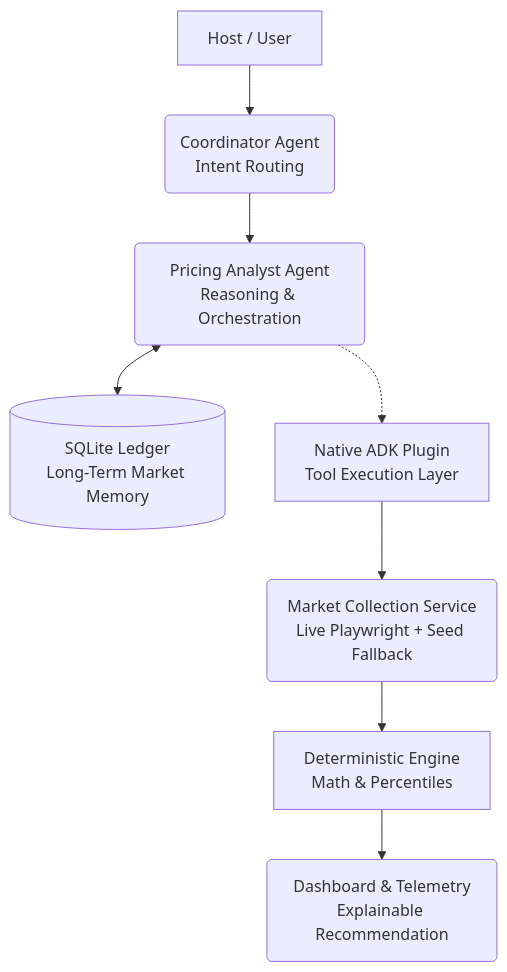
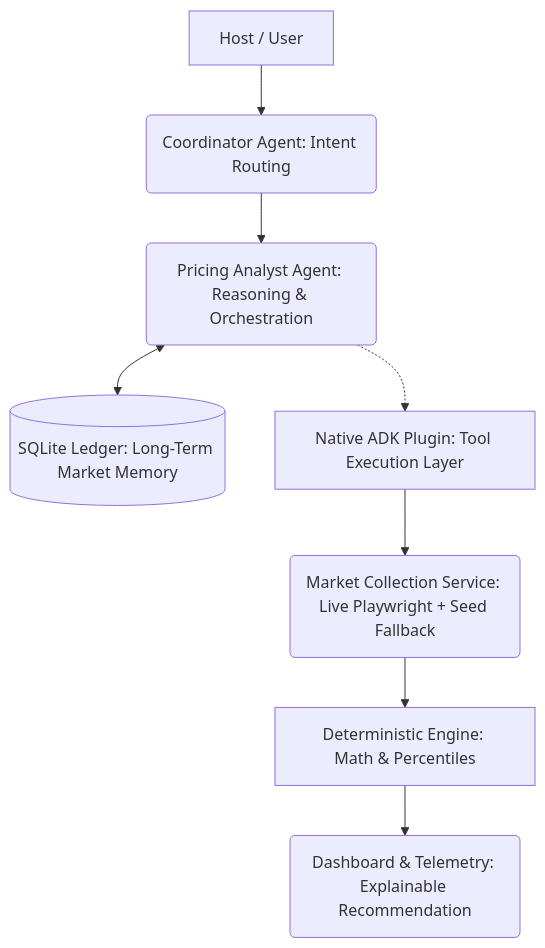
Before and after one commit to eoghankealy/rateradar: the diagram in README.md, drawn with Mermaid.

Commit message:
fix: remove html from mermaid diagram for github compatibility

````diff
--- a/README.md
+++ b/README.md
@@ -15,10 +15,10 @@
 ```mermaid
 graph TD
-    A["Host / User"] --> B("Coordinator Agent<br>Intent Routing")
-    B --> C("Pricing Analyst Agent<br>Reasoning & Orchestration")
-    C <--> D[("SQLite Ledger<br>Long-Term Market Memory")]
-    C -.-> E["Native ADK Plugin<br>Tool Execution Layer"]
-    E --> F("Market Collection Service<br>Live Playwright + Seed Fallback")
-    F --> G["Deterministic Engine<br>Math & Percentiles"]
-    G --> H("Dashboard & Telemetry<br>Explainable Recommendation")
+    A[Host / User] --> B(Coordinator Agent: Intent Routing)
+    B --> C(Pricing Analyst Agent: Reasoning & Orchestration)
+    C <--> D[(SQLite Ledger: Long-Term Market Memory)]
+    C -.-> E[Native ADK Plugin: Tool Execution Layer]
+    E --> F(Market Collection Service: Live Playwright + Seed Fallback)
+    F --> G[Deterministic Engine: Math & Percentiles]
+    G --> H(Dashboard & Telemetry: Explainable Recommendation)
 ```
````
